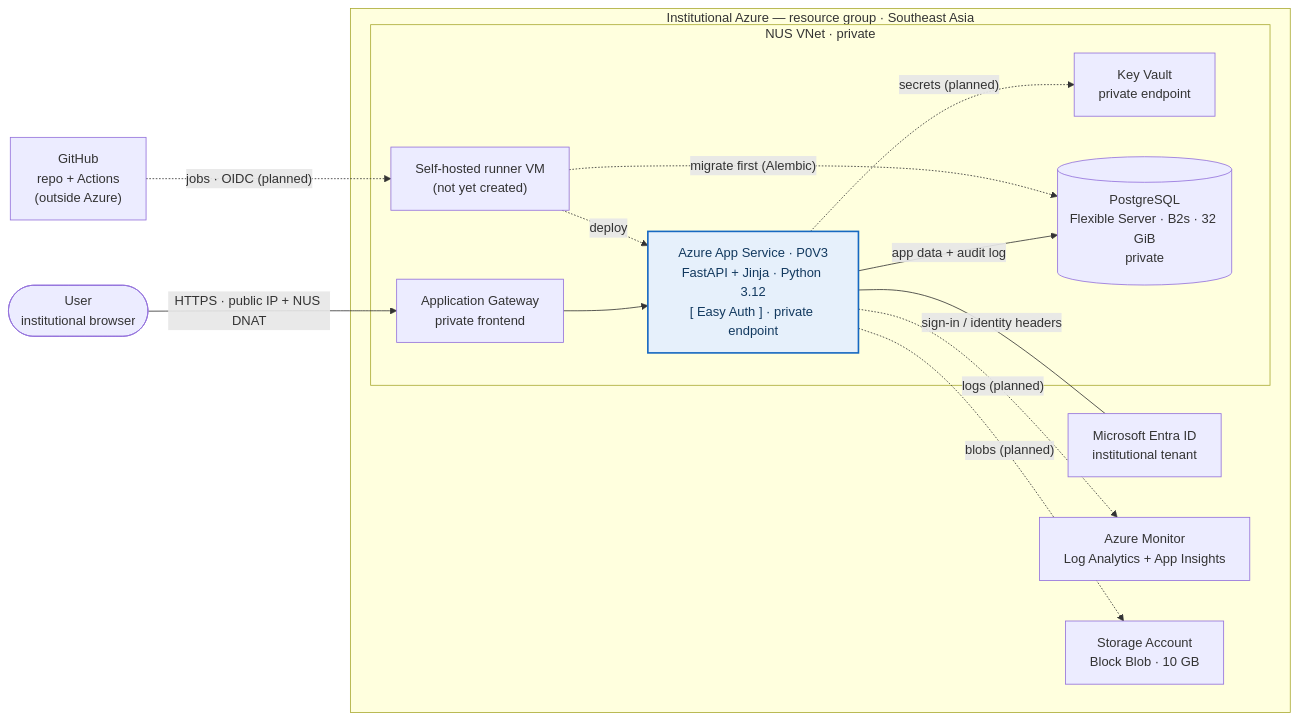
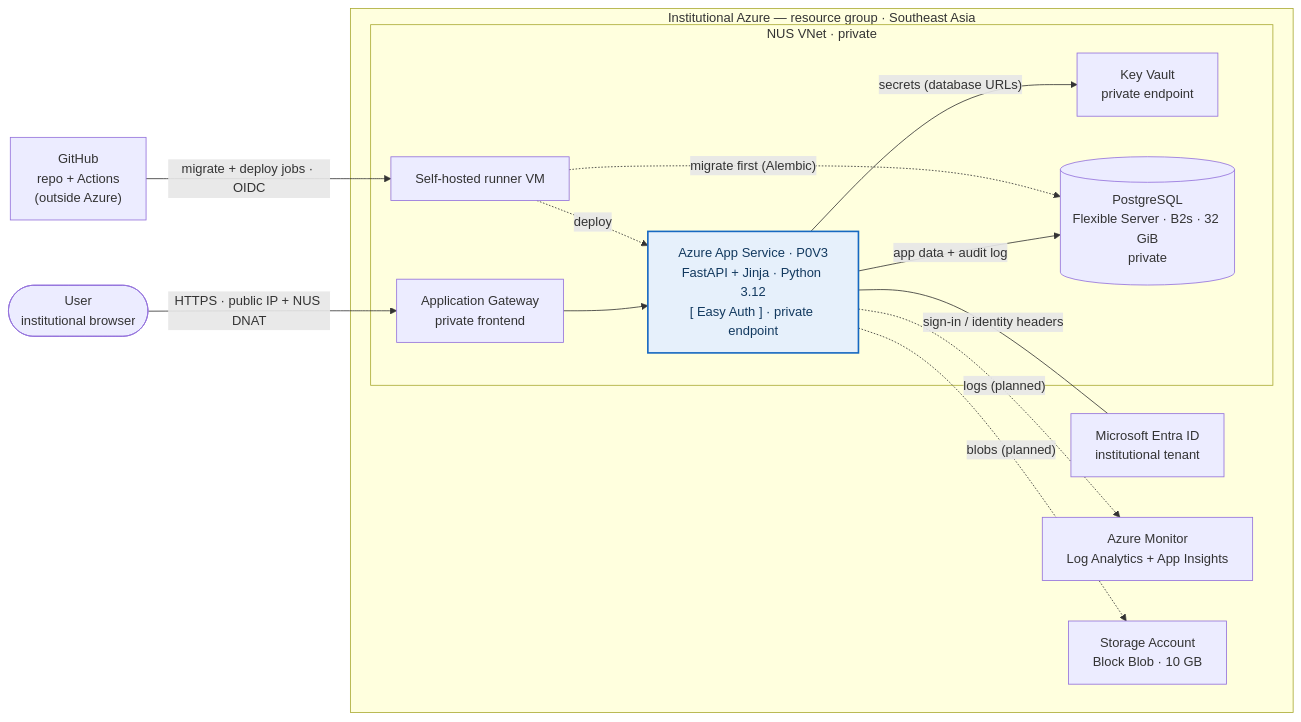
One commit to philoyhc/review-robin-web changed the diagram in docs/architecture.md. Above: the diagram before and after it, drawn with Mermaid. The commit also changed other lines of this file and 11 other files, not shown here.

````diff
--- a/docs/architecture.md
+++ b/docs/architecture.md
@@ -19,32 +19,32 @@
 ```mermaid
 flowchart LR
     User(["User<br/>institutional browser"])
     GH["GitHub<br/>repo + Actions<br/>(outside Azure)"]
 
     subgraph AZ["Institutional Azure — resource group · Southeast Asia"]
         Entra["Microsoft Entra ID<br/>institutional tenant"]
         subgraph VNET["NUS VNet · private"]
             AGW["Application Gateway<br/>private frontend"]
             App["Azure App Service · P0V3<br/>FastAPI + Jinja · Python 3.12<br/>[ Easy Auth ] · private endpoint"]
             KV["Key Vault<br/>private endpoint"]
             PG[("PostgreSQL<br/>Flexible Server · B2s · 32 GiB<br/>private")]
-            RUN["Self-hosted runner VM<br/>(not yet created)"]
+            RUN["Self-hosted runner VM"]
         end
         MON["Azure Monitor<br/>Log Analytics + App Insights"]
         ST["Storage Account<br/>Block Blob · 10 GB"]
     end
 
     User -->|"HTTPS · public IP + NUS DNAT"| AGW
     AGW --> App
     App ---|"sign-in / identity headers"| Entra
-    App -.->|"secrets (planned)"| KV
+    App -->|"secrets (database URLs)"| KV
     App -->|"app data + audit log"| PG
     App -.->|"logs (planned)"| MON
     App -.->|"blobs (planned)"| ST
-    GH -.->|"jobs · OIDC (planned)"| RUN
+    GH -->|"migrate + deploy jobs · OIDC"| RUN
     RUN -.->|"deploy"| App
     RUN -.->|"migrate first (Alembic)"| PG
 
     classDef heart fill:#e6f0fb,stroke:#1668c1,stroke-width:2px,color:#12395f;
     class App heart;
 ```
````
